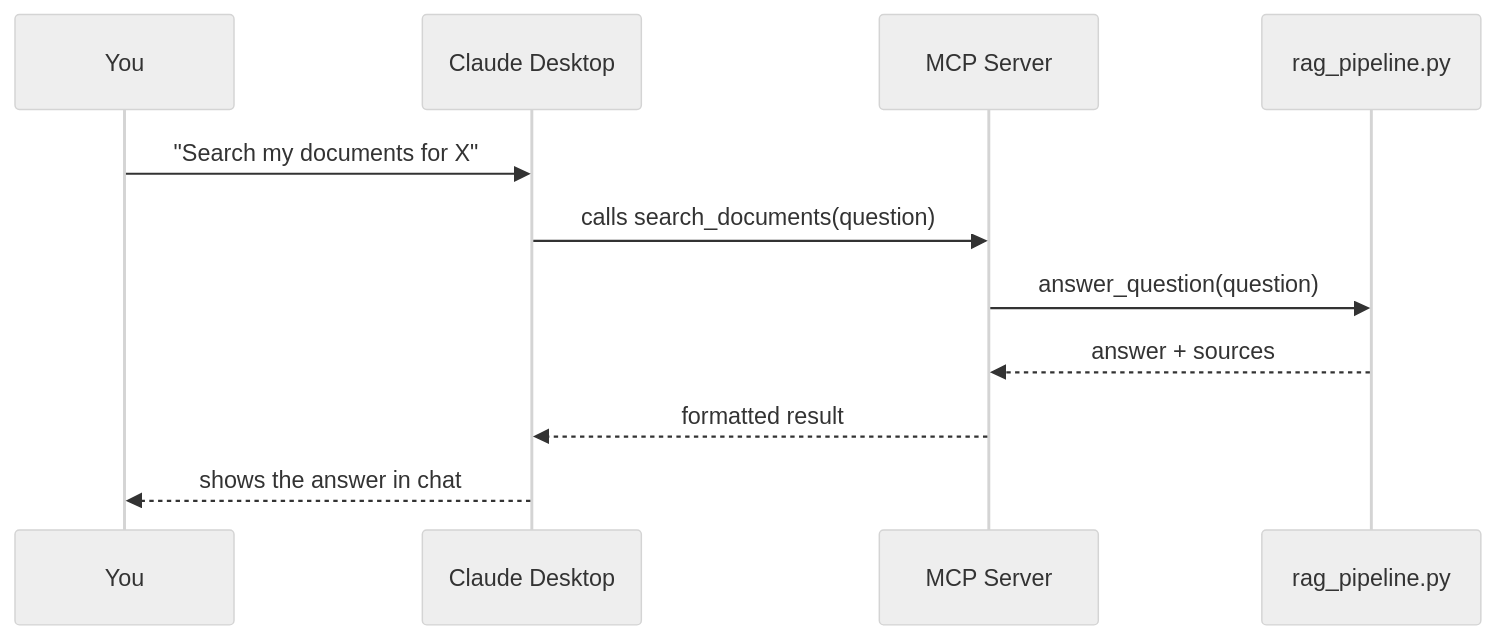
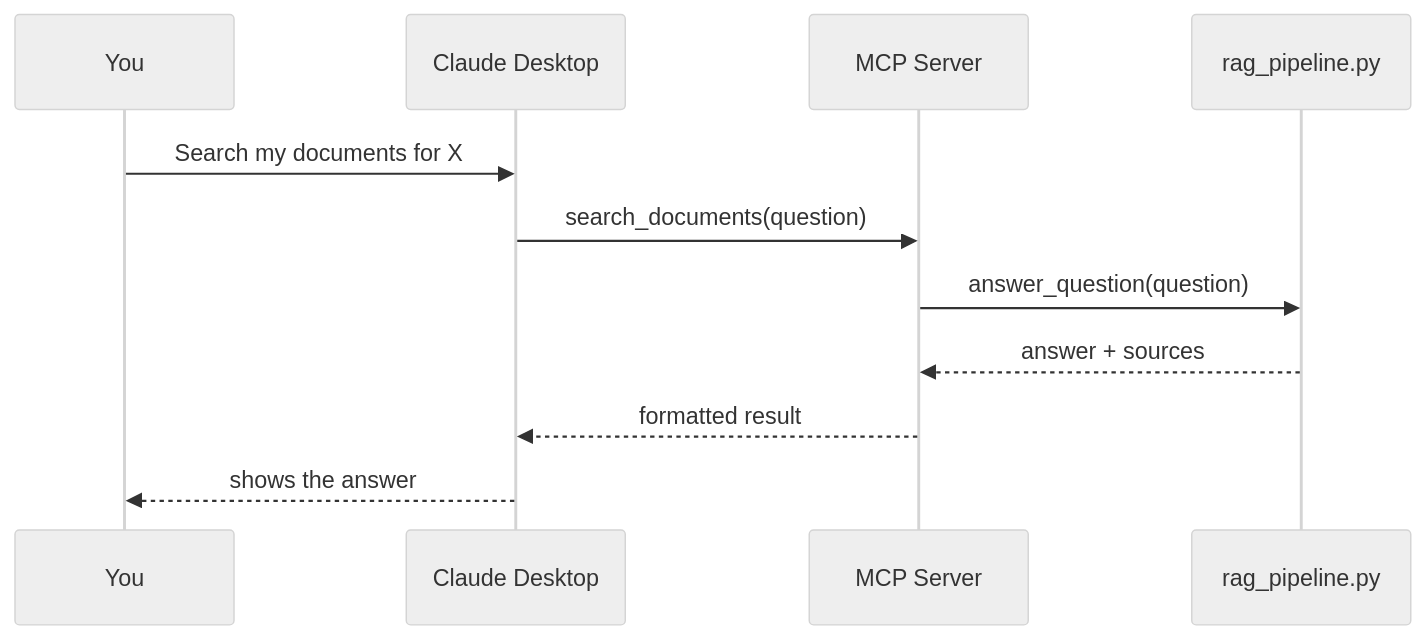
The fourth of 4 diagrams in README.md (httpmonish/DOCUMIND), drawn with Mermaid (neutral theme) before and after one commit. The commit also changed other lines of this file, not shown here.

Commit message:
Fix the colliding diagram

````diff
--- a/README.md
+++ b/README.md
@@ -74,14 +74,14 @@
 ```mermaid
 sequenceDiagram
     participant You
     participant Desktop as Claude Desktop
     participant Server as MCP Server
     participant Engine as rag_pipeline.py
 
-    You->>Desktop: "Search my documents for X"
-    Desktop->>Server: calls search_documents(question)
+    You->>Desktop: Search my documents for X
+    Desktop->>Server: search_documents(question)
     Server->>Engine: answer_question(question)
     Engine-->>Server: answer + sources
     Server-->>Desktop: formatted result
-    Desktop-->>You: shows the answer in chat
+    Desktop-->>You: shows the answer
 ```
````
